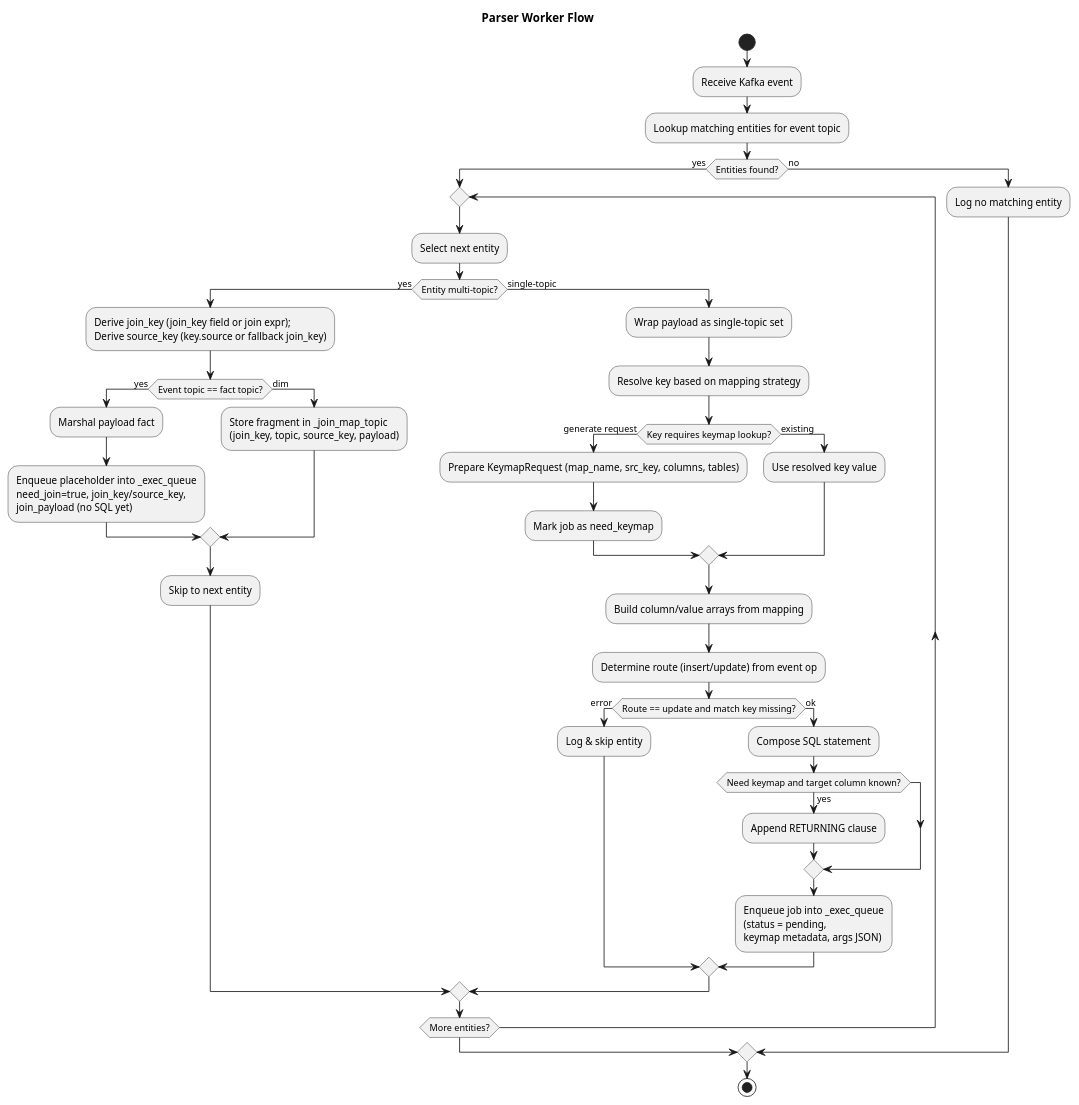
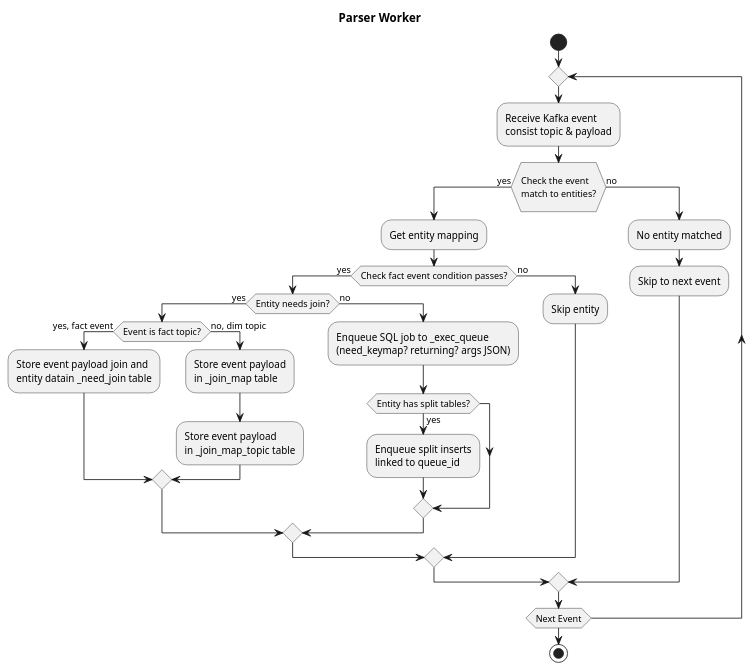
The diagram in docs/parser_flow.puml (mirza27/postgres_federation_tools), drawn with PlantUML before and after one commit. The commit also changed 3 other files, not shown here.

Commit message:
docs(UML): simplify workers flow

```diff
--- a/docs/parser_flow.puml
+++ b/docs/parser_flow.puml
@@ -1,48 +1,33 @@
 @startuml ParserFlow
-title Parser Worker Flow
+title Parser Worker
 
 start
-:Receive Kafka event;
-:Lookup matching entities for event topic;
-if (Entities found?) then (yes)
-  repeat
-    :Select next entity;
-    if (Entity multi-topic?) then (yes)
-      :Derive join_key (join_key field or join expr);\nDerive source_key (key.source or fallback join_key);
-      if (Event topic == fact topic?) then (yes)
-        :Marshal payload fact;
-        :Enqueue placeholder into _exec_queue\nneed_join=true, join_key/source_key,\njoin_payload (no SQL yet);
-      else (dim)
-        :Store fragment in _join_map_topic\n(join_key, topic, source_key, payload);
+repeat
+:Receive Kafka event\nconsist topic & payload;
+if (\nCheck the event\nmatch to entities?\n) then (yes)
+    :Get entity mapping;
+    if (Check fact event condition passes?) then (yes)
+      if (Entity needs join?) then (yes)
+        if (Event is fact topic?) then (yes, fact event)
+          :Store event payload join and\nentity datain _need_join table;
+        else (no, dim topic)
+          :Store event payload\nin _join_map table;
+          :Store event payload\nin _join_map_topic table;
+        endif
+      else (no)
+        :Enqueue SQL job to _exec_queue\n(need_keymap? returning? args JSON);
+        if (Entity has split tables?) then (yes)
+          :Enqueue split inserts\nlinked to queue_id;
+        endif
       endif
-      :Skip to next entity;
-    else (single-topic)
-      :Wrap payload as single-topic set;
-
-      :Resolve key based on mapping strategy;
-      if (Key requires keymap lookup?) then (generate request)
-        :Prepare KeymapRequest (map_name, src_key, columns, tables);
-        :Mark job as need_keymap;
-      else (existing)
-        :Use resolved key value;
-      endif
-
-      :Build column/value arrays from mapping;
-      :Determine route (insert/update) from event op;
-      if (Route == update and match key missing?) then (error)
-        :Log & skip entity;
-      else (ok)
-        :Compose SQL statement;
-        if (Need keymap and target column known?) then (yes)
-          :Append RETURNING clause;
-        endif
-        :Enqueue job into _exec_queue\n(status = pending,\nkeymap metadata, args JSON);
-      endif
+    else (no)
+      :Skip entity;
     endif
-  repeat while (More entities?)
 else (no)
-  :Log no matching entity;
+  :No entity matched;
+  :Skip to next event;
 endif
+repeat while (Next Event)
 
 stop
 @enduml
```
